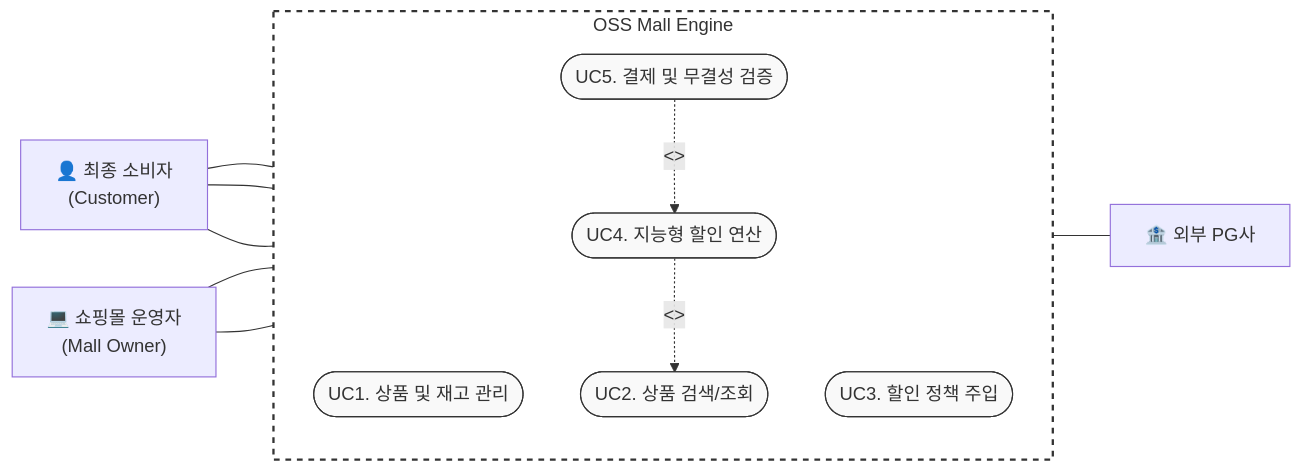
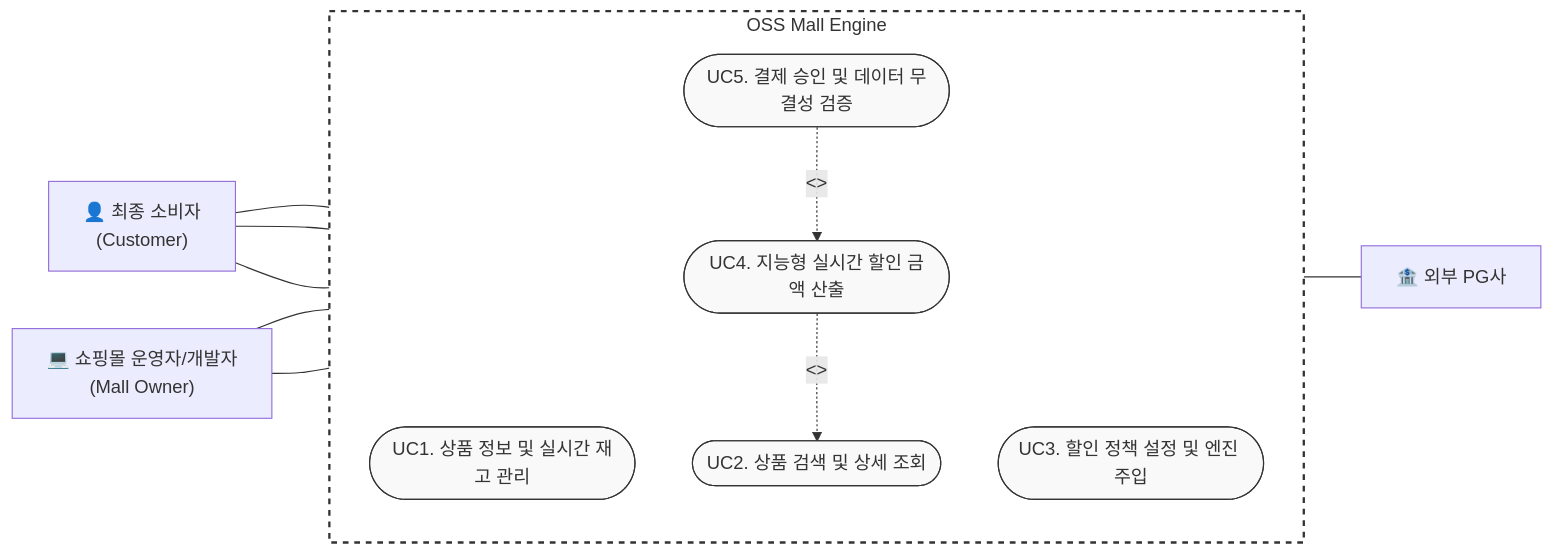
Before and after one commit to dlwlssud123/OSS_shopping: the first of 3 diagrams in Analysis_22212025_이진녕.md, drawn with Mermaid. The commit also changed other lines of this file and 9 other files, not shown here.

````diff
--- a/Analysis_22212025_이진녕.md
+++ b/Analysis_22212025_이진녕.md
@@ -53,40 +53,40 @@
 ```mermaid
 graph LR
     %% 액터 설정 (사람 모양 대신 텍스트와 박스로 표현)
     Customer["👤 최종 소비자<br>(Customer)"]
-    Owner["💻 쇼핑몰 운영자<br>(Mall Owner)"]
+    Owner["💻 쇼핑몰 운영자/개발자<br>(Mall Owner)"]
     PG["🏦 외부 PG사"]
 
     %% 시스템 경계 설정 (OSS Mall Engine)
     subgraph OSS_Mall_Engine [OSS Mall Engine]
         direction TB
-        UC1(["UC1. 상품 및 재고 관리"])
-        UC2(["UC2. 상품 검색/조회"])
-        UC3(["UC3. 할인 정책 주입"])
-        UC4(["UC4. 지능형 할인 연산"])
-        UC5(["UC5. 결제 및 무결성 검증"])
+        UC1(["UC1. 상품 정보 및 실시간 재고 관리"])
+        UC2(["UC2. 상품 검색 및 상세 조회"])
+        UC3(["UC3. 할인 정책 설정 및 엔진 주입"])
+        UC4(["UC4. 지능형 실시간 할인 금액 산출"])
+        UC5(["UC5. 결제 승인 및 데이터 무결성 검증"])
     end
 
     %% 소비자 관련 연결
     Customer --- UC2
     Customer --- UC4
     Customer --- UC5
 
     %% 운영자 관련 연결
     Owner --- UC1
     Owner --- UC3
 
     %% 시스템 간 및 포함 관계
     UC5 --- PG
     
     UC4 -. "<<include>>" .-> UC2
     UC5 -. "<<include>>" .-> UC4
 
     %% 스타일링 (유즈케이스처럼 보이게)
     style OSS_Mall_Engine fill:white,stroke:#333,stroke-width:2px,stroke-dasharray: 5 5
     style UC1 fill:#f9f9f9,stroke:#333,stroke-width:1px
     style UC2 fill:#f9f9f9,stroke:#333,stroke-width:1px
     style UC3 fill:#f9f9f9,stroke:#333,stroke-width:1px
     style UC4 fill:#f9f9f9,stroke:#333,stroke-width:1px
     style UC5 fill:#f9f9f9,stroke:#333,stroke-width:1px
 ```
````
